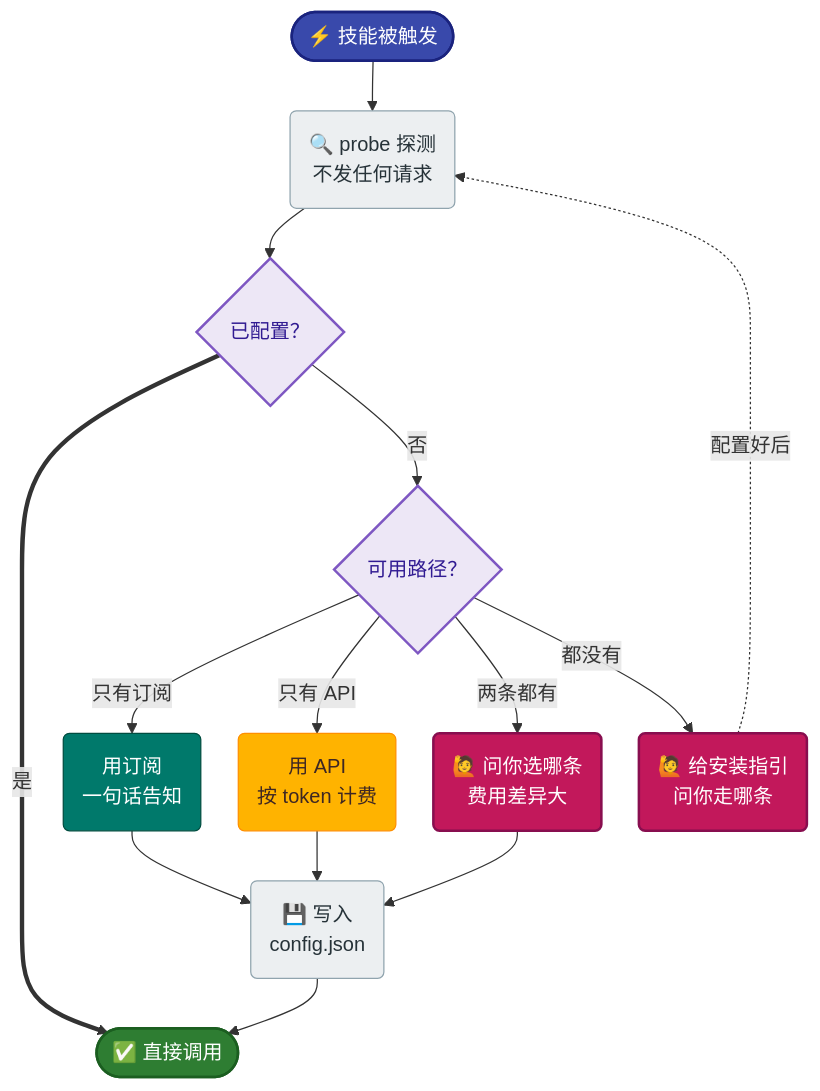
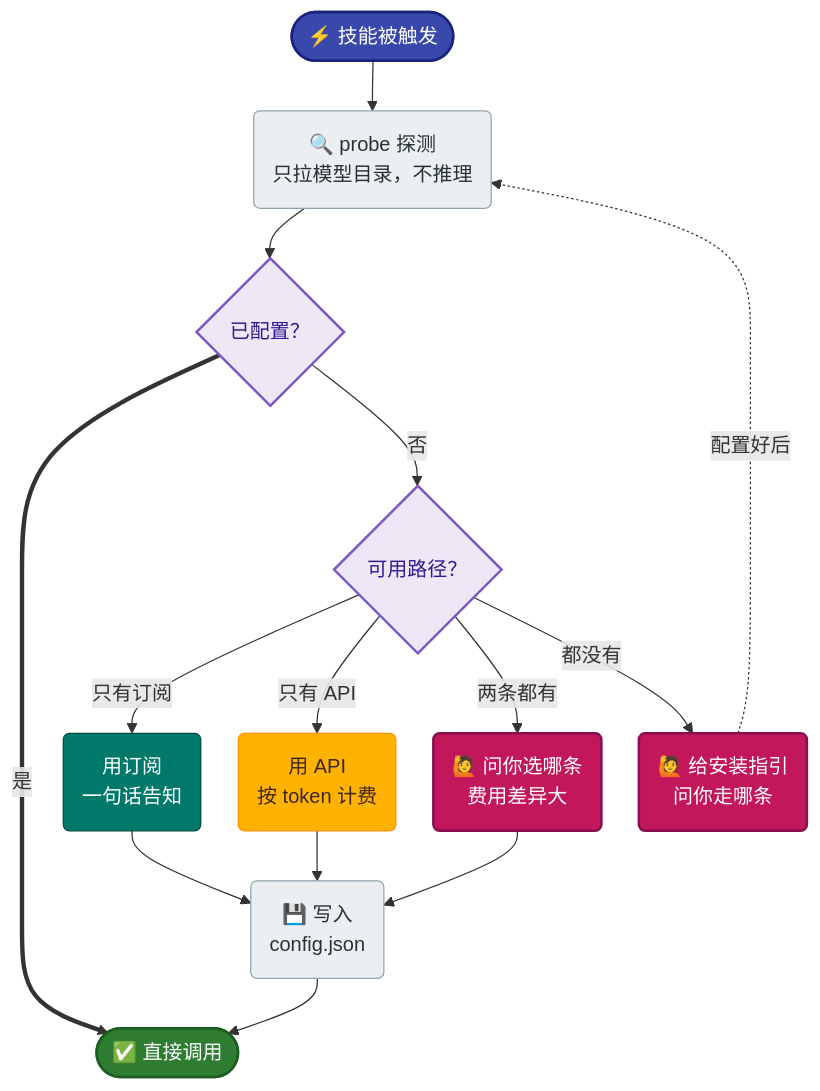
The second of 3 diagrams in README.md (Stefansong/ask-gpt), drawn with Mermaid before and after one commit. The commit also changed other lines of this file and 2 other files, not shown here.

First line of the commit message:
fix: 计费识别、文件安全、成功判定、JSON 错误格式、配置校验与沙箱生图

````diff
--- a/README.md
+++ b/README.md
@@ -119,31 +119,31 @@
 ```mermaid
 %%{init: {"flowchart": {"nodeSpacing": 30, "rankSpacing": 40}}}%%
 flowchart TD
-    A(["⚡ 技能被触发"]) --> B("🔍 probe 探测<br/>不发任何请求")
+    A(["⚡ 技能被触发"]) --> B("🔍 probe 探测<br/>只拉模型目录，不推理")
     B --> C{"已配置？"}
     C ==>|是| Z(["✅ 直接调用"])
     C -->|否| D{"可用路径？"}
     D -->|只有订阅| E("用订阅<br/>一句话告知")
     D -->|只有 API| F("用 API<br/>按 token 计费")
     D -->|两条都有| G("🙋 问你选哪条<br/>费用差异大")
     D -->|都没有| H("🙋 给安装指引<br/>问你走哪条")
     E & F & G --> J("💾 写入<br/>config.json")
     J --> Z
     H -.->|配置好后| B
 
     classDef entry  fill:#3949ab,stroke:#1a237e,color:#fff,stroke-width:2px
     classDef step   fill:#eceff1,stroke:#90a4ae,color:#263238
     classDef decide fill:#ede7f6,stroke:#7e57c2,color:#311b92,stroke-width:2px
     classDef sub    fill:#00796b,stroke:#004d40,color:#fff
     classDef api    fill:#ffb300,stroke:#ff8f00,color:#3e2723
     classDef user   fill:#c2185b,stroke:#880e4f,color:#fff,stroke-width:2px
     classDef done   fill:#2e7d32,stroke:#1b5e20,color:#fff,stroke-width:2px
 
     class A entry
     class B,J step
     class C,D decide
     class E sub
     class F api
     class G,H user
     class Z done
 ```
````
